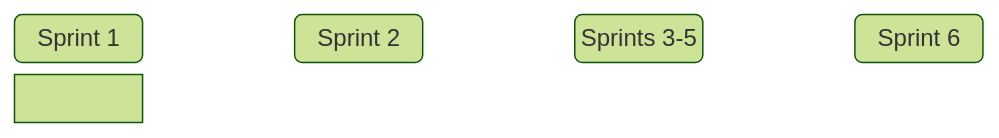
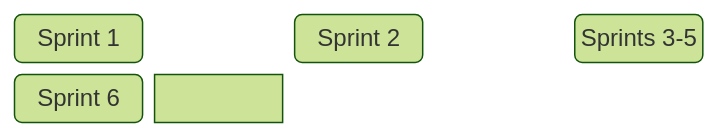
Before and after one commit to chingu-voyages/Handbook: the second of 2 diagrams in docs/guides/voyage/voyage.md, drawn with Mermaid (forest theme). The commit also changed other lines of this file, not shown here.

Commit message:
Feature: Add new Voyage Process diagram

````diff
--- a/docs/guides/voyage/voyage.md
+++ b/docs/guides/voyage/voyage.md
@@ -243,6 +243,6 @@
 ```mermaid
 block-beta
-columns 7
+columns 6
 SPRINT1("Sprint 1") space SPRINT2("Sprint 2") space SPRINT35("Sprints 3-5") space SPRINT6("Sprint 6")
 SPRINT1-->SPRINT2-->SPRINT35-->SPRINT6
 ```
````
